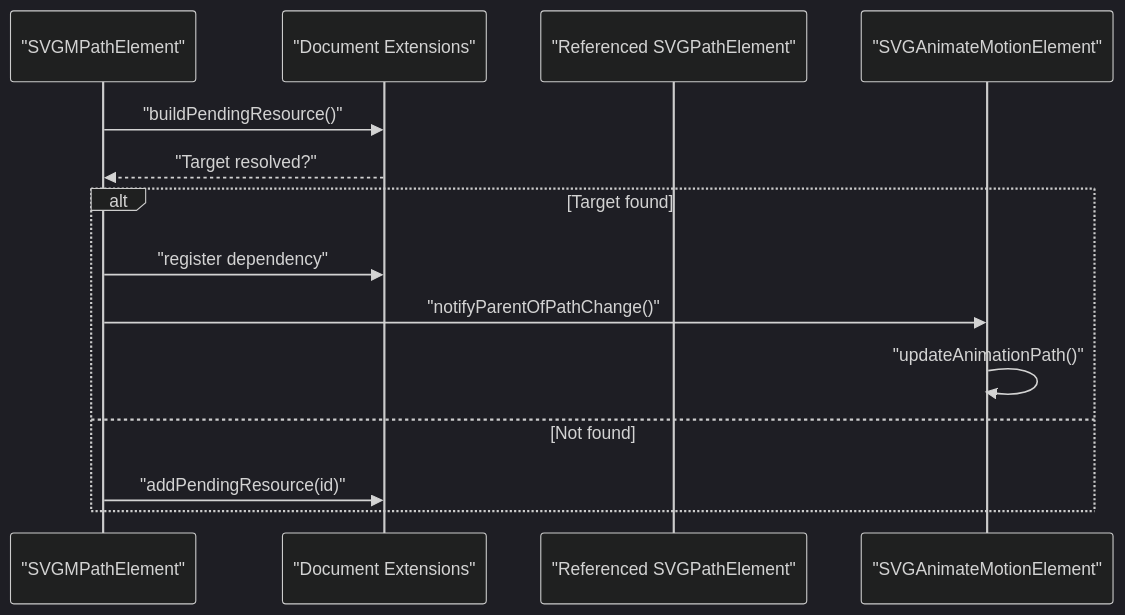
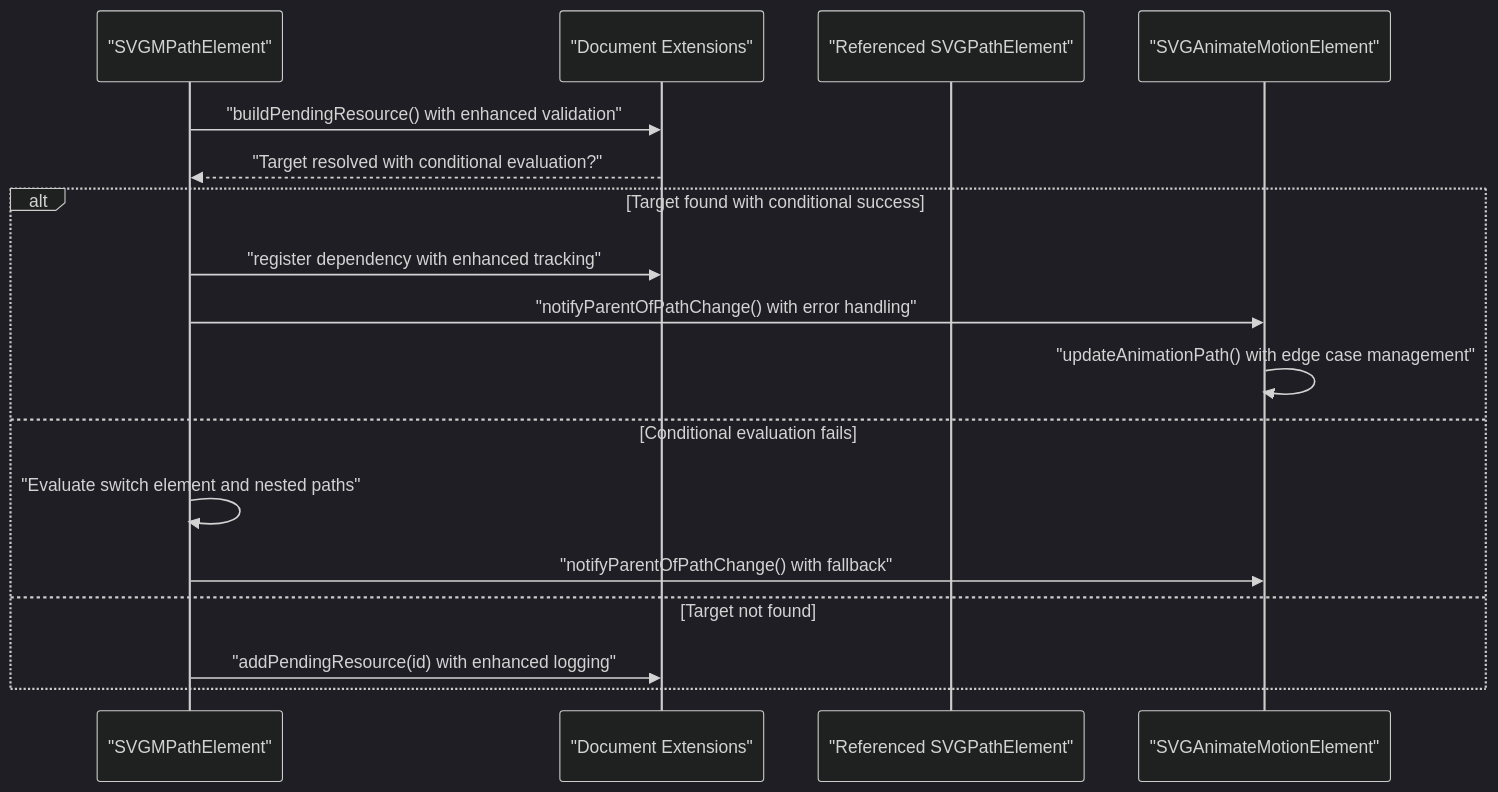
Before and after one commit to denisnadey/flutter_full_svg_support: the fourth of 7 diagrams in .qoder/repowiki/en/content/Animated SVG Support/SMIL Animation Specification/SMIL Motion Animation.md, drawn with Mermaid (dark theme). The commit also changed other lines of this file and 20 other files, not shown here.

````diff
--- a/.qoder/repowiki/en/content/Animated SVG Support/SMIL Animation Specification/SMIL Motion Animation.md
+++ b/.qoder/repowiki/en/content/Animated SVG Support/SMIL Animation Specification/SMIL Motion Animation.md
@@ -205,16 +228,19 @@
 ```mermaid
 sequenceDiagram
 participant MP as "SVGMPathElement"
 participant Doc as "Document Extensions"
 participant PathEl as "Referenced SVGPathElement"
 participant Parent as "SVGAnimateMotionElement"
-MP->>Doc : "buildPendingResource()"
-Doc-->>MP : "Target resolved?"
-alt Target found
-MP->>Doc : "register dependency"
-MP->>Parent : "notifyParentOfPathChange()"
-Parent->>Parent : "updateAnimationPath()"
-else Not found
-MP->>Doc : "addPendingResource(id)"
+MP->>Doc : "buildPendingResource() with enhanced validation"
+Doc-->>MP : "Target resolved with conditional evaluation?"
+alt Target found with conditional success
+MP->>Doc : "register dependency with enhanced tracking"
+MP->>Parent : "notifyParentOfPathChange() with error handling"
+Parent->>Parent : "updateAnimationPath() with edge case management"
+else Conditional evaluation fails
+MP->>MP : "Evaluate switch element and nested paths"
+MP->>Parent : "notifyParentOfPathChange() with fallback"
+else Target not found
+MP->>Doc : "addPendingResource(id) with enhanced logging"
 end
 ```
````
